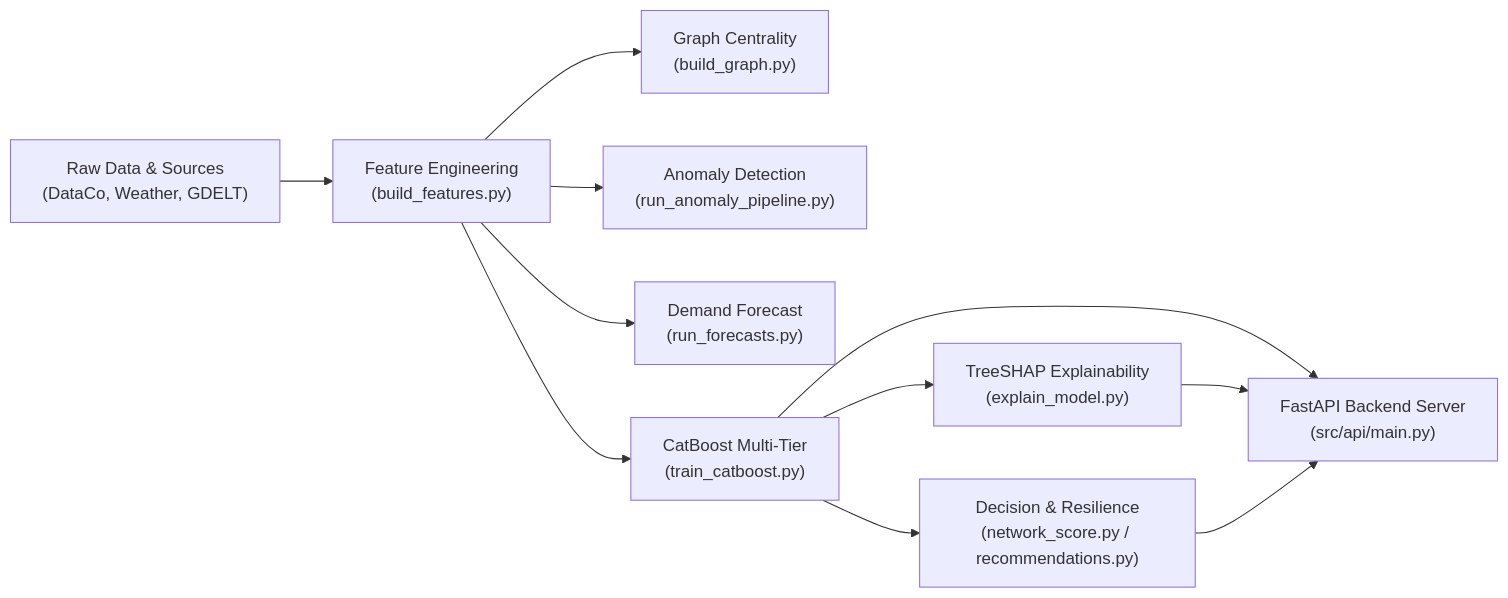
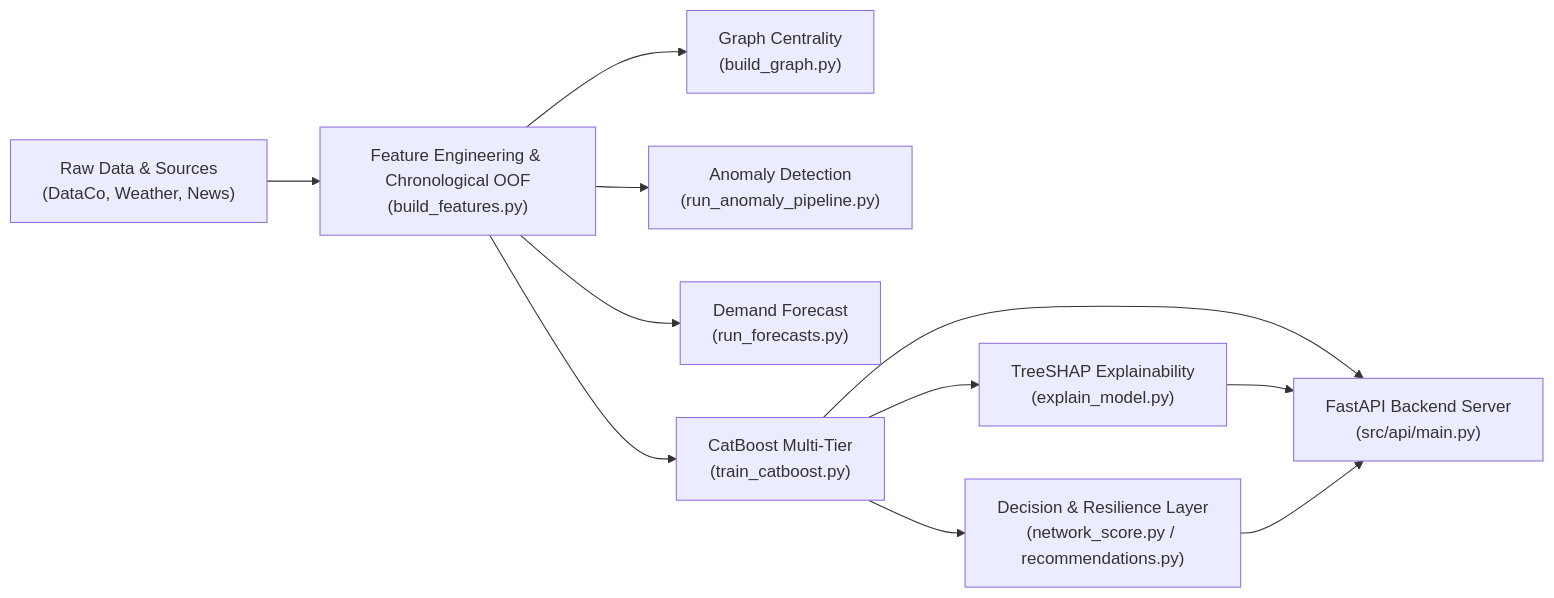
The diagram in README.md (sakshinaik006/AI-DRIVEN-SUPPLY-CHAIN-MANAGEMENT-RISK-PREDICTION-AND-RESILIENCE-MANAGEMENT-SYSTEM), drawn with Mermaid before and after one commit. The commit also changed other lines of this file and 37 other files, not shown here.

````diff
--- a/README.md
+++ b/README.md
@@ -20,11 +20,11 @@
 ```mermaid
 flowchart LR
-    A["Raw Data & Sources<br/>(DataCo, Weather, GDELT)"] --> B["Feature Engineering<br/>(build_features.py)"]
+    A["Raw Data & Sources<br/>(DataCo, Weather, News)"] --> B["Feature Engineering & Chronological OOF<br/>(build_features.py)"]
     B --> C1["Graph Centrality<br/>(build_graph.py)"]
     B --> C2["Anomaly Detection<br/>(run_anomaly_pipeline.py)"]
     B --> C3["Demand Forecast<br/>(run_forecasts.py)"]
     B --> D["CatBoost Multi-Tier<br/>(train_catboost.py)"]
     D --> E["TreeSHAP Explainability<br/>(explain_model.py)"]
-    D --> F["Decision & Resilience<br/>(network_score.py / recommendations.py)"]
+    D --> F["Decision & Resilience Layer<br/>(network_score.py / recommendations.py)"]
     D & E & F --> G["FastAPI Backend Server<br/>(src/api/main.py)"]
 ```
````
